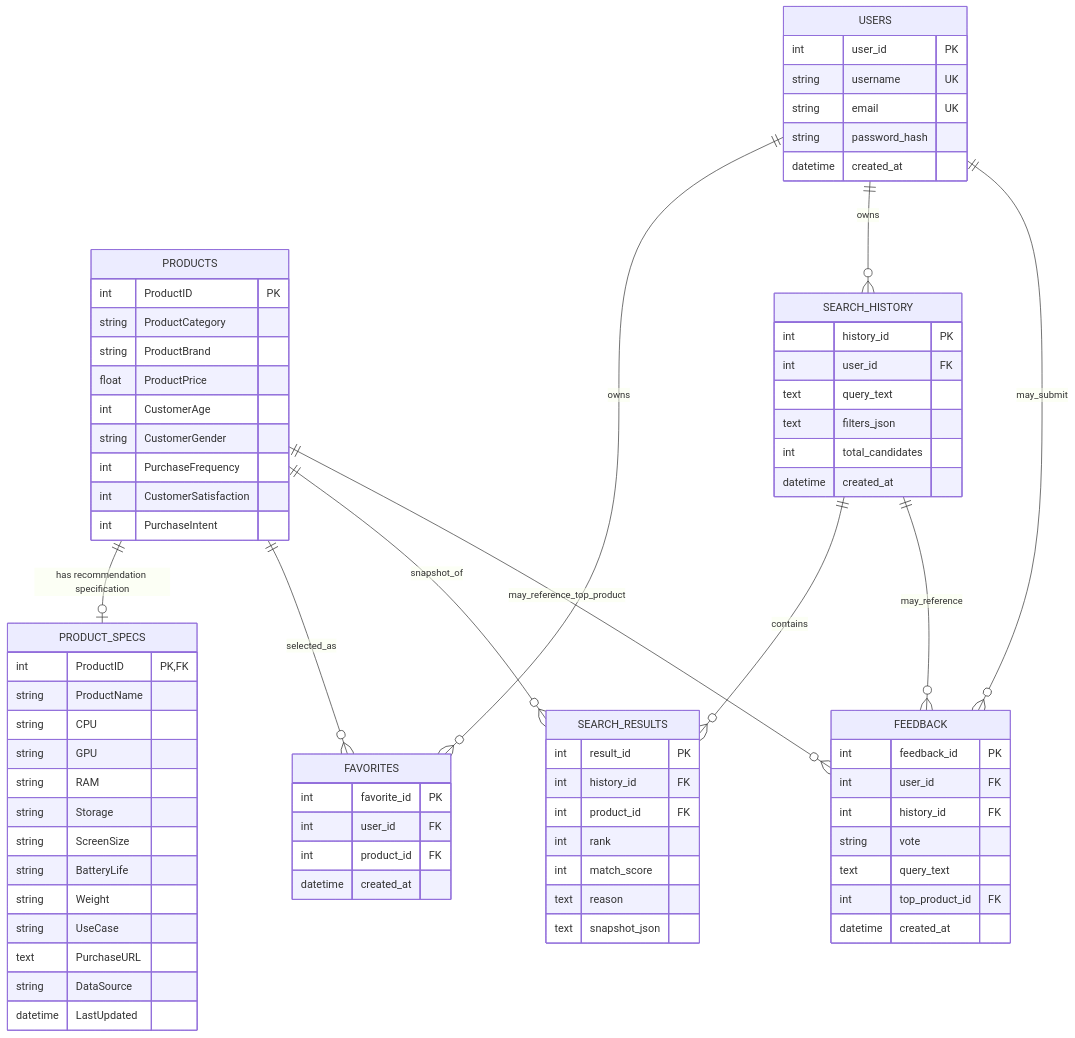
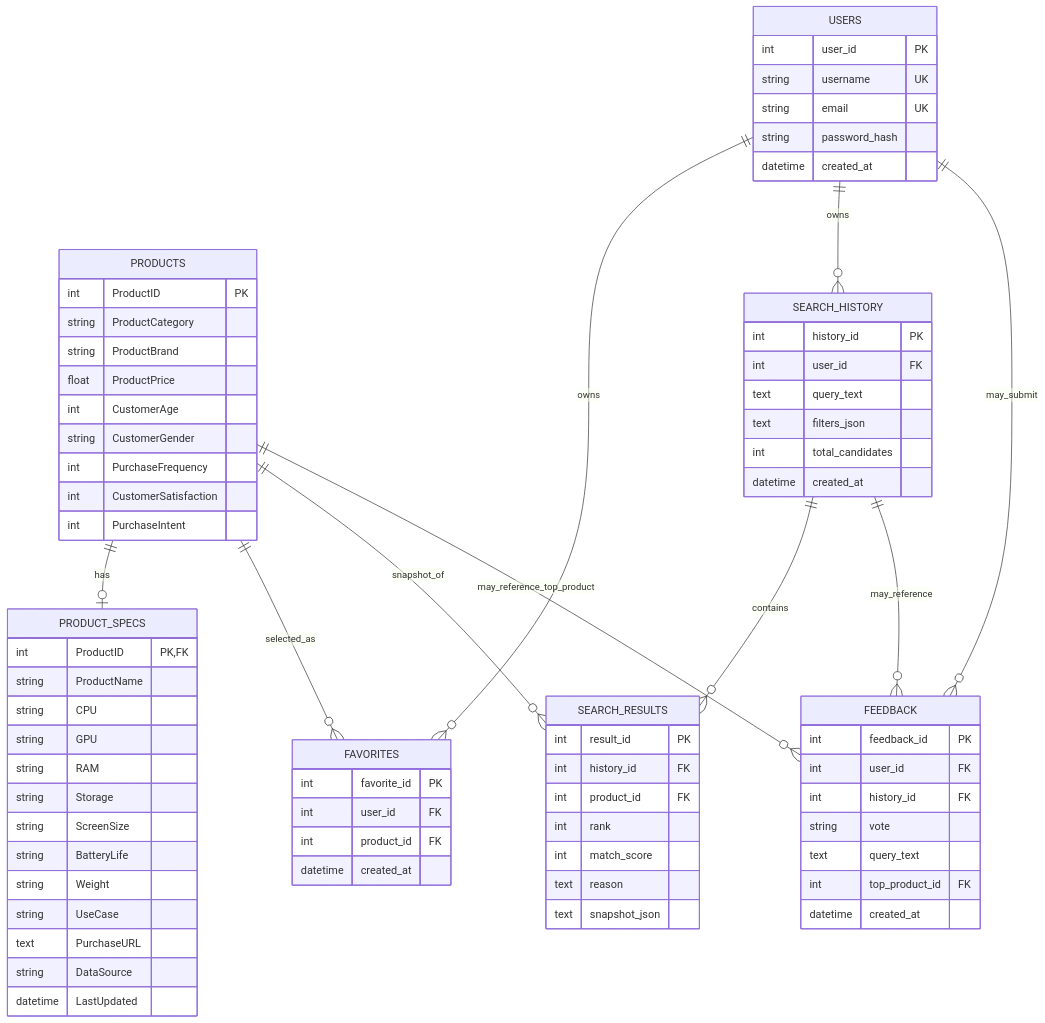
Before and after one commit to Chu-Junjie/CP3407-PROJECT: the fourth of 6 diagrams in docs/v3-design-and-architecture.md, drawn with Mermaid. The commit also changed other lines of this file, not shown here.

````diff
--- a/docs/v3-design-and-architecture.md
+++ b/docs/v3-design-and-architecture.md
@@ -232,6 +225,6 @@
 ```mermaid
 erDiagram
-    PRODUCTS ||--o| PRODUCT_SPECS : "has recommendation specification"
+    PRODUCTS ||--o| PRODUCT_SPECS : has
     USERS ||--o{ FAVORITES : owns
     PRODUCTS ||--o{ FAVORITES : selected_as
     USERS ||--o{ SEARCH_HISTORY : owns
````
